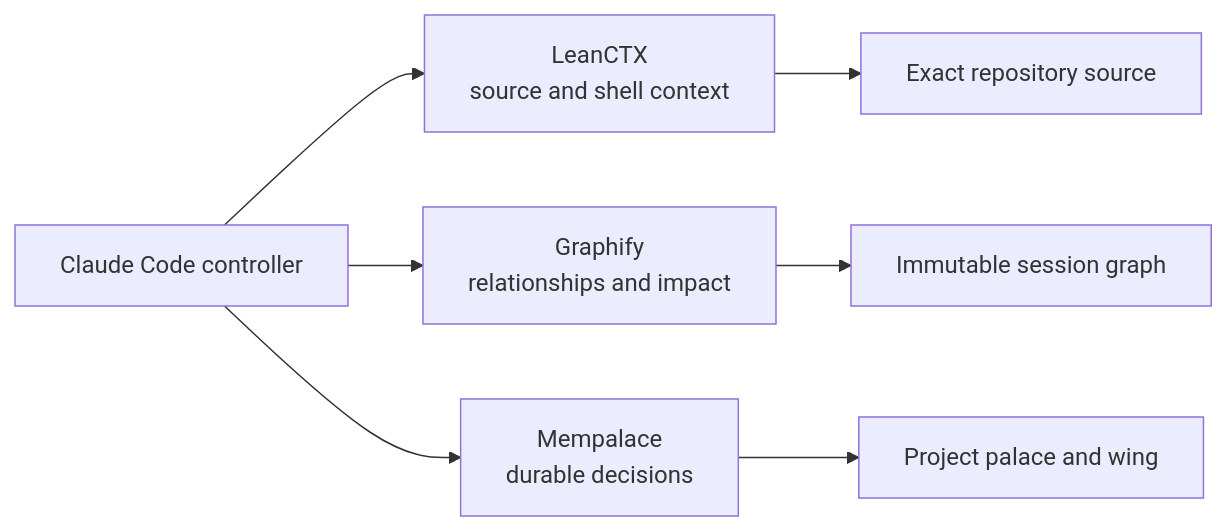
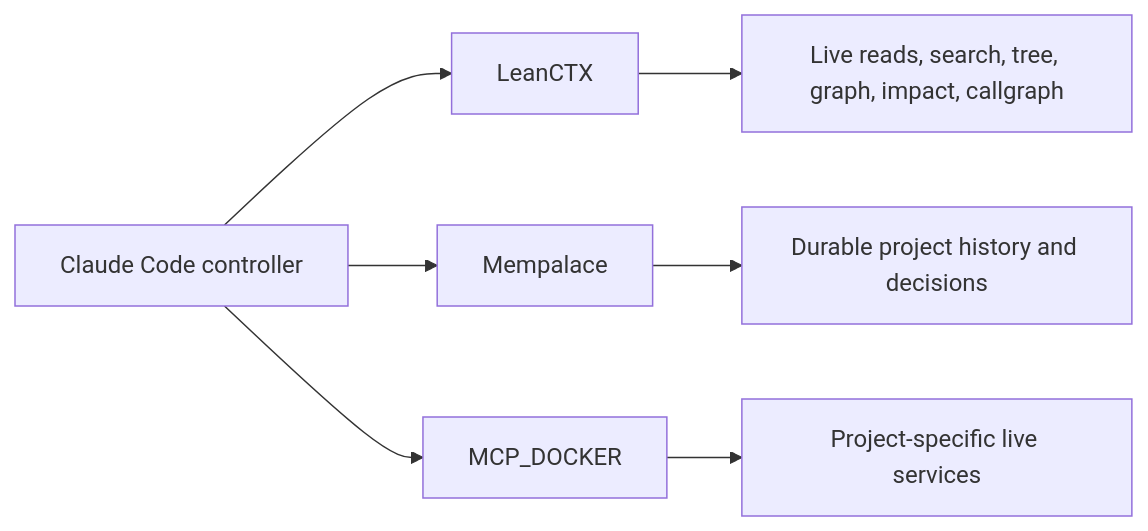
The second of 3 diagrams in docs/architecture.md (orichum/claudex-workflow), drawn with Mermaid before and after one commit. The commit also changed other lines of this file and 55 other files, not shown here.

Commit message:
Consolidate context optimization on LeanCTX

````diff
--- a/docs/architecture.md
+++ b/docs/architecture.md
@@ -21,9 +23,9 @@
 ```mermaid
 flowchart LR
-    C["Claude Code controller"] --> L["LeanCTX\nsource and shell context"]
-    C --> G["Graphify\nrelationships and impact"]
-    C --> M["Mempalace\ndurable decisions"]
-    L --> S["Exact repository source"]
-    G --> GS["Immutable session graph"]
-    M --> MP["Project palace and wing"]
+    C["Claude Code controller"] --> L["LeanCTX"]
+    L --> R["Live reads, search, tree, graph, impact, callgraph"]
+    C --> M["Mempalace"]
+    M --> H["Durable project history and decisions"]
+    C --> D["MCP_DOCKER"]
+    D --> X["Project-specific live services"]
 ```
````
